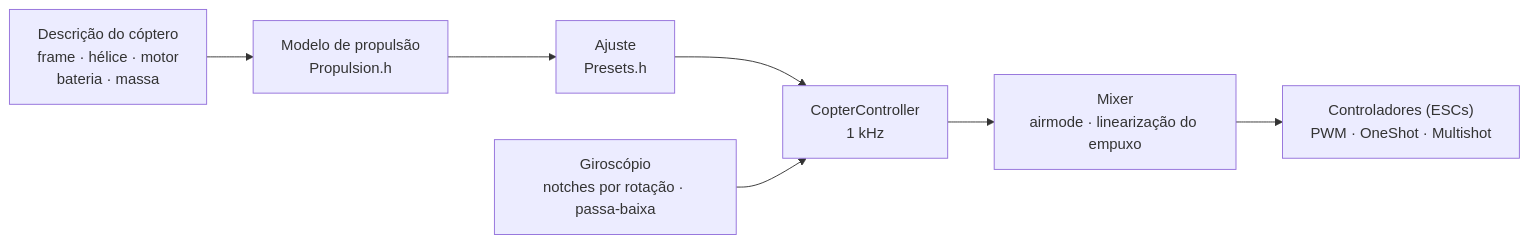
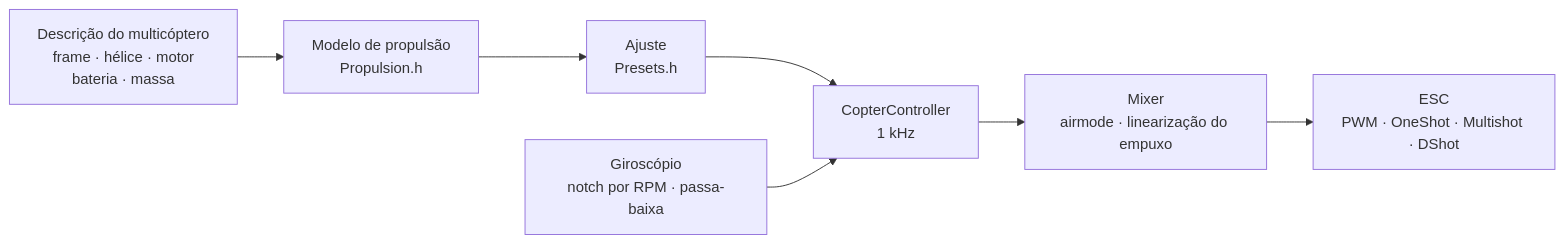
One commit to damir-lebedev/OpenPlaneProject changed the diagram in docs/i18n/pt-BR/COPTER.md. Above: the diagram before and after it, drawn with Mermaid. The commit also changed other lines of this file and 21 other files, not shown here.

````diff
--- a/docs/i18n/pt-BR/COPTER.md
+++ b/docs/i18n/pt-BR/COPTER.md
@@ -19,9 +21,9 @@
 ```mermaid
 flowchart LR
-    D["Descrição do cóptero<br/>frame · hélice · motor<br/>bateria · massa"] --> M["Modelo de propulsão<br/>Propulsion.h"]
+    D["Descrição do multicóptero<br/>frame · hélice · motor<br/>bateria · massa"] --> M["Modelo de propulsão<br/>Propulsion.h"]
     M --> T["Ajuste<br/>Presets.h"]
     T --> C["CopterController<br/>1 kHz"]
-    G["Giroscópio<br/>notches por rotação · passa-baixa"] --> C
+    G["Giroscópio<br/>notch por RPM · passa-baixa"] --> C
     C --> X["Mixer<br/>airmode · linearização do empuxo"]
-    X --> E["Controladores (ESCs)<br/>PWM · OneShot · Multishot"]
+    X --> E["ESC<br/>PWM · OneShot · Multishot · DShot"]
 ```
````
